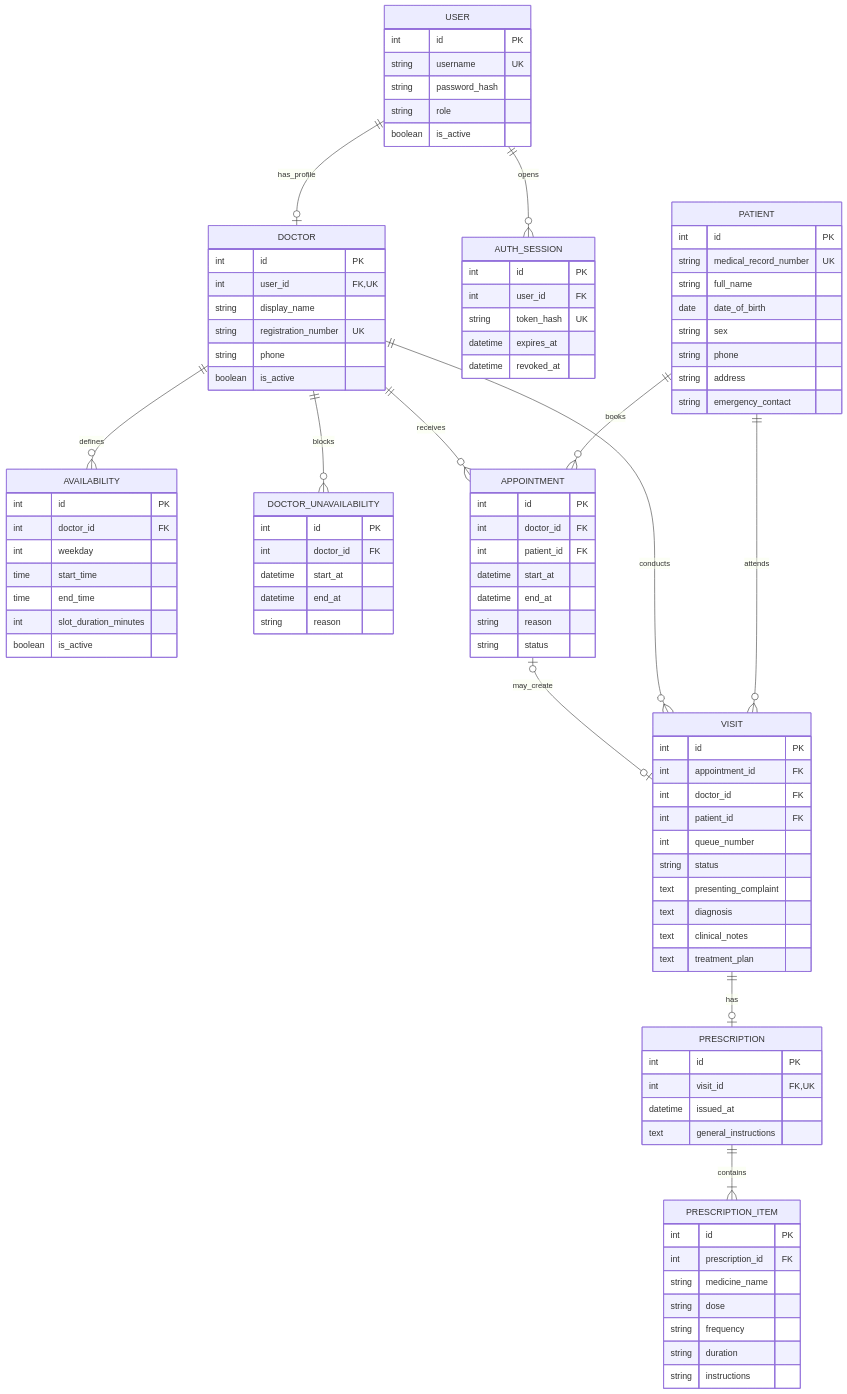
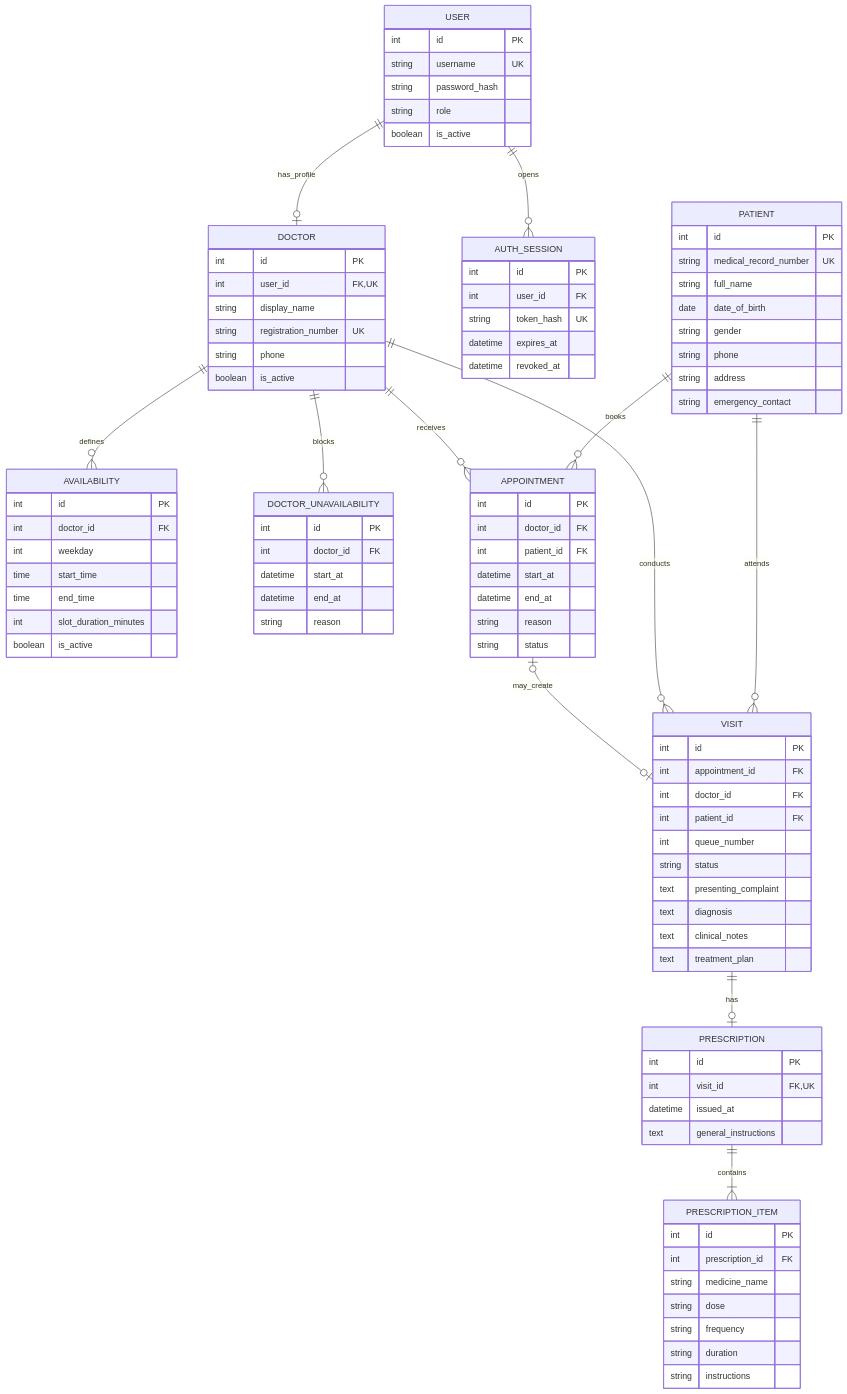
The diagram in medical-clinic-erd.mmd (vidurukalpana/medical-clinic-management-web-app), drawn with Mermaid before and after one commit. The commit also changed 10 other files, not shown here.

```diff
--- a/medical-clinic-erd.mmd
+++ b/medical-clinic-erd.mmd
@@ -1,106 +1,106 @@
 erDiagram
     USER ||--o| DOCTOR : has_profile
     USER ||--o{ AUTH_SESSION : opens
     DOCTOR ||--o{ AVAILABILITY : defines
     DOCTOR ||--o{ DOCTOR_UNAVAILABILITY : blocks
     DOCTOR ||--o{ APPOINTMENT : receives
     PATIENT ||--o{ APPOINTMENT : books
     APPOINTMENT o|--o| VISIT : may_create
     DOCTOR ||--o{ VISIT : conducts
     PATIENT ||--o{ VISIT : attends
     VISIT ||--o| PRESCRIPTION : has
     PRESCRIPTION ||--|{ PRESCRIPTION_ITEM : contains
 
     USER {
         int id PK
         string username UK
         string password_hash
         string role
         boolean is_active
     }
 
     AUTH_SESSION {
         int id PK
         int user_id FK
         string token_hash UK
         datetime expires_at
         datetime revoked_at
     }
 
     DOCTOR {
         int id PK
         int user_id FK, UK
         string display_name
         string registration_number UK
         string phone
         boolean is_active
     }
 
     PATIENT {
         int id PK
         string medical_record_number UK
         string full_name
         date date_of_birth
-        string sex
+        string gender
         string phone
         string address
         string emergency_contact
     }
 
     AVAILABILITY {
         int id PK
         int doctor_id FK
         int weekday
         time start_time
         time end_time
         int slot_duration_minutes
         boolean is_active
     }
 
     DOCTOR_UNAVAILABILITY {
         int id PK
         int doctor_id FK
         datetime start_at
         datetime end_at
         string reason
     }
 
     APPOINTMENT {
         int id PK
         int doctor_id FK
         int patient_id FK
         datetime start_at
         datetime end_at
         string reason
         string status
     }
 
     VISIT {
         int id PK
         int appointment_id FK
         int doctor_id FK
         int patient_id FK
         int queue_number
         string status
         text presenting_complaint
         text diagnosis
         text clinical_notes
         text treatment_plan
     }
 
     PRESCRIPTION {
         int id PK
         int visit_id FK, UK
         datetime issued_at
         text general_instructions
     }
 
     PRESCRIPTION_ITEM {
         int id PK
         int prescription_id FK
         string medicine_name
         string dose
         string frequency
         string duration
         string instructions
     }
```
